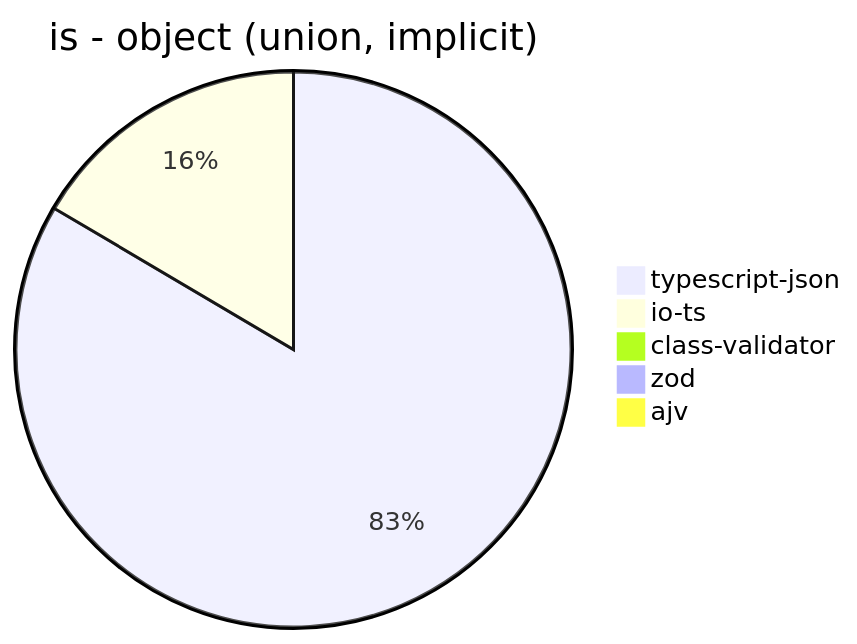
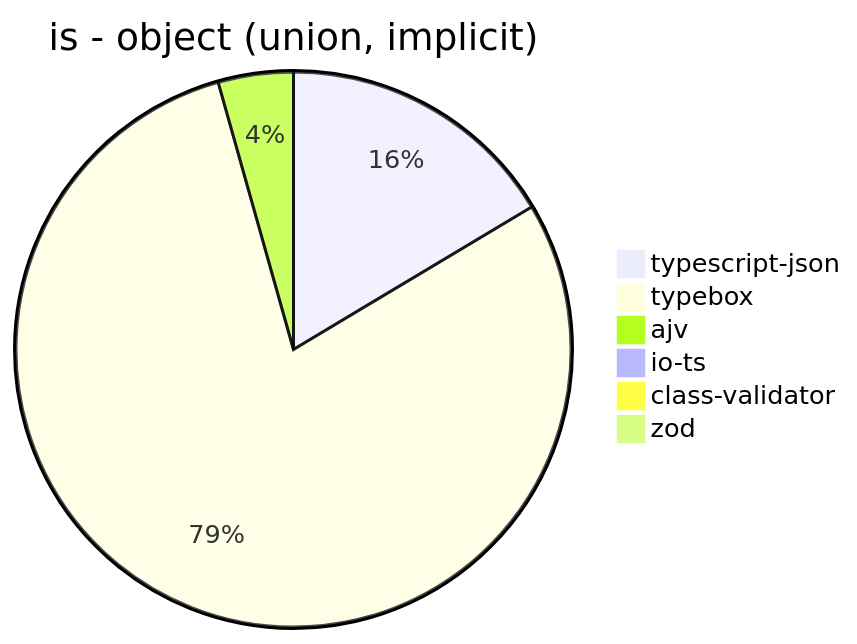
The fourth of 39 diagrams in benchmark/results/AMD Ryzen 9 5900HX with Radeon Graphics.md (samchon/typia), drawn with Mermaid before and after one commit. The commit also changed other lines of this file and 7 other files, not shown here.

````diff
--- a/benchmark/results/AMD Ryzen 9 5900HX with Radeon Graphics.md
+++ b/benchmark/results/AMD Ryzen 9 5900HX with Radeon Graphics.md
@@ -51,8 +54,9 @@
 ```mermaid
 pie title is - object (union, implicit)
-  "typescript-json": 16042.139384116694
-  "io-ts": 3173.1182795698924
-  "class-validator": 18.81224640354113
-  "zod": 54.62737000187723
-  "ajv": 0
+  "typescript-json": 17898.149749265085
+  "typebox": 86323.00556586271
+  "ajv": 4765.4576207479795
+  "io-ts": 0
+  "class-validator": 18.185192057895712
+  "zod": 48.03574753304785
 ```
````
